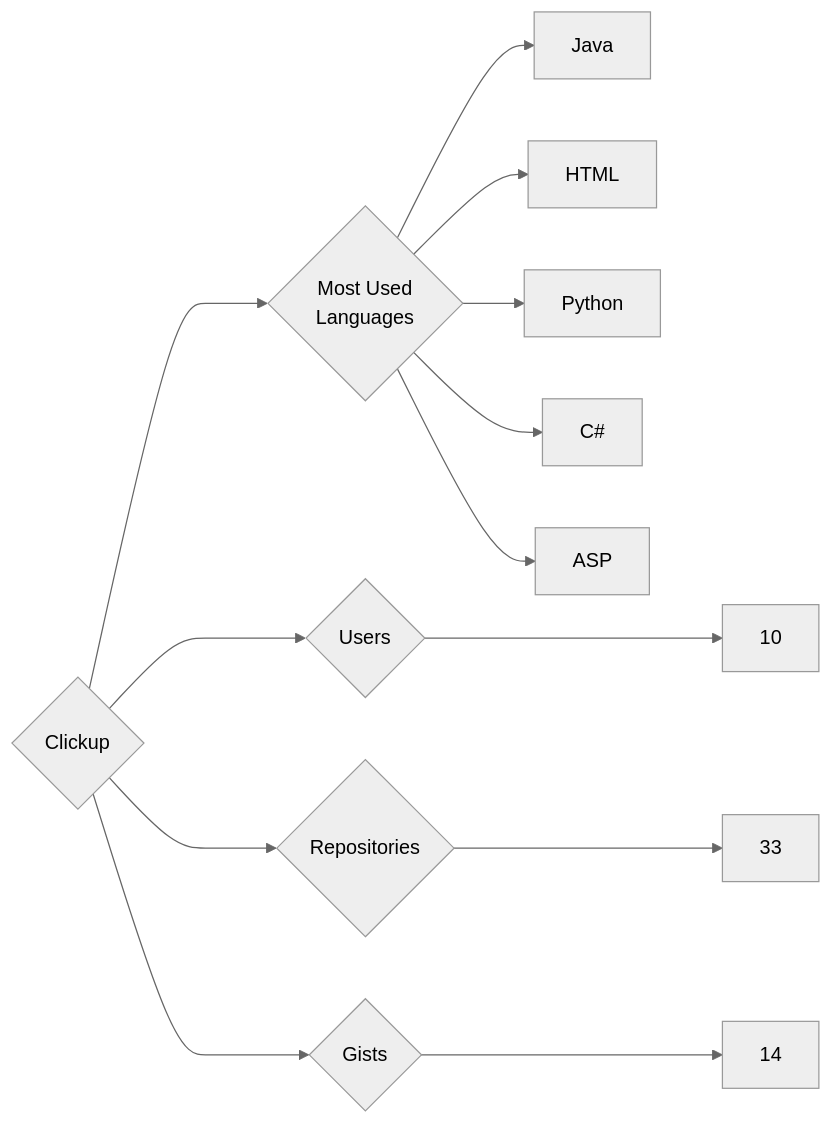
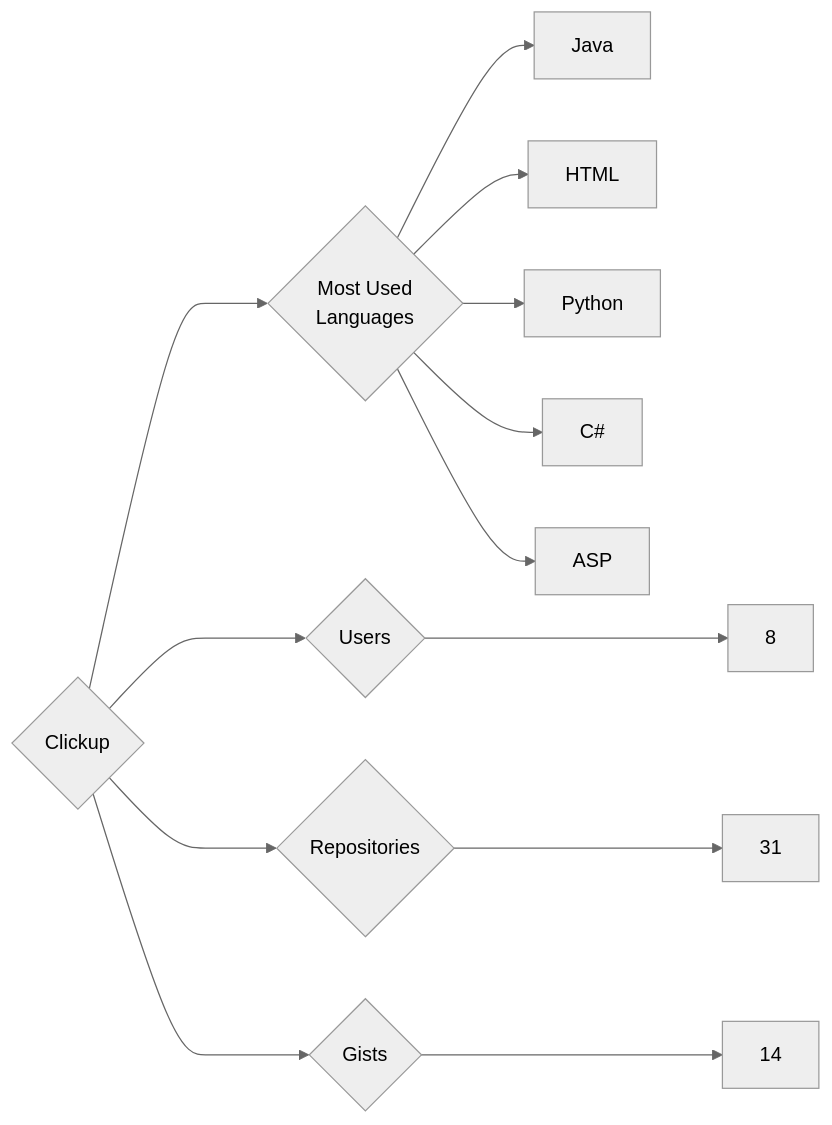
One commit to trickest/insiders changed the diagram in targets/Clickup/README.md. Above: the diagram before and after it, drawn with Mermaid (neutral theme). The commit also changed 873 other files, not shown here.

````diff
--- a/targets/Clickup/README.md
+++ b/targets/Clickup/README.md
@@ -3,13 +3,13 @@
 ```mermaid
 graph LR
 COMPANY_NAME{Clickup}
-COMPANY_NAME ---> U{Users} ---> UN[10]
-COMPANY_NAME ---> R{Repositories} ---> RN[33]
+COMPANY_NAME ---> U{Users} ---> UN[8]
+COMPANY_NAME ---> R{Repositories} ---> RN[31]
 COMPANY_NAME ---> G{Gists} ---> GN[14]
 COMPANY_NAME ---> ML{Most Used<br>Languages}
 ML --> Java[Java]
 ML --> HTML[HTML]
 ML --> Python[Python]
 ML --> C#[C#]
 ML --> ASP[ASP]
 ```
````
